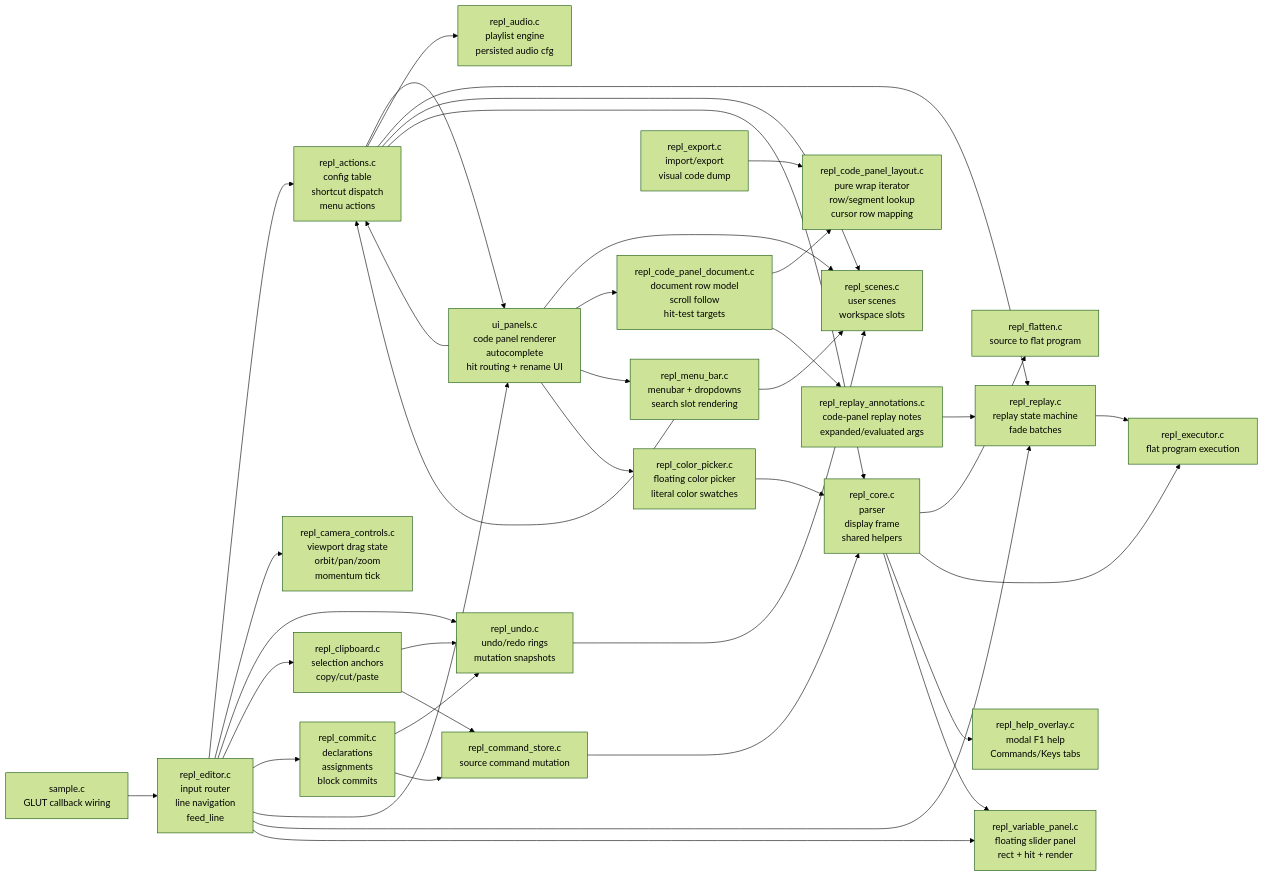
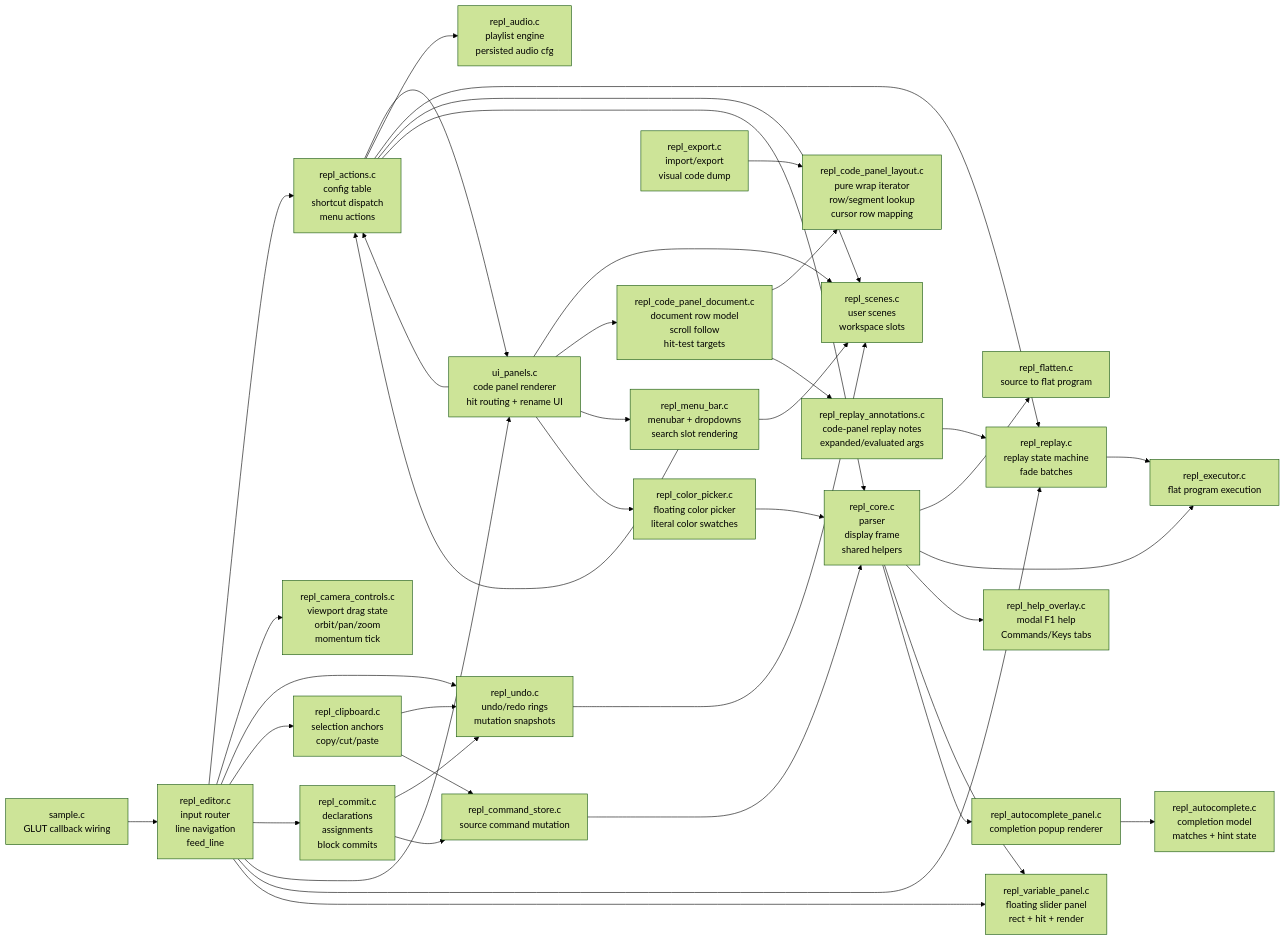
One commit to drewwoods/gl-repl changed the diagram in REPL_REFACTOR_MAP.md. Above: the diagram before and after it, drawn with Mermaid (forest theme). The commit also changed 9 other files, not shown here.

First line of the commit message:
refactor: extract autocomplete popup renderer

````diff
--- a/REPL_REFACTOR_MAP.md
+++ b/REPL_REFACTOR_MAP.md
@@ -7,69 +7,73 @@
 ```mermaid
 flowchart LR
     sample["sample.c<br/>GLUT callback wiring"]
     editor["repl_editor.c<br/>input router<br/>line navigation<br/>feed_line"]
 
     actions["repl_actions.c<br/>config table<br/>shortcut dispatch<br/>menu actions"]
     camera["repl_camera_controls.c<br/>viewport drag state<br/>orbit/pan/zoom<br/>momentum tick"]
     undo["repl_undo.c<br/>undo/redo rings<br/>mutation snapshots"]
     clipboard["repl_clipboard.c<br/>selection anchors<br/>copy/cut/paste"]
     commit["repl_commit.c<br/>declarations<br/>assignments<br/>block commits"]
     store["repl_command_store.c<br/>source command mutation"]
 
-    ui["ui_panels.c<br/>code panel renderer<br/>autocomplete<br/>hit routing + rename UI"]
+    ui["ui_panels.c<br/>code panel renderer<br/>hit routing + rename UI"]
     layout["repl_code_panel_layout.c<br/>pure wrap iterator<br/>row/segment lookup<br/>cursor row mapping"]
     docrows["repl_code_panel_document.c<br/>document row model<br/>scroll follow<br/>hit-test targets"]
     menu["repl_menu_bar.c<br/>menubar + dropdowns<br/>search slot rendering"]
     color["repl_color_picker.c<br/>floating color picker<br/>literal color swatches"]
     help["repl_help_overlay.c<br/>modal F1 help<br/>Commands/Keys tabs"]
     varpanel["repl_variable_panel.c<br/>floating slider panel<br/>rect + hit + render"]
+    acmodel["repl_autocomplete.c<br/>completion model<br/>matches + hint state"]
+    acpanel["repl_autocomplete_panel.c<br/>completion popup renderer"]
     replay_ann["repl_replay_annotations.c<br/>code-panel replay notes<br/>expanded/evaluated args"]
     export["repl_export.c<br/>import/export<br/>visual code dump"]
     audio["repl_audio.c<br/>playlist engine<br/>persisted audio cfg"]
     replay["repl_replay.c<br/>replay state machine<br/>fade batches"]
     scenes["repl_scenes.c<br/>user scenes<br/>workspace slots"]
     core["repl_core.c<br/>parser<br/>display frame<br/>shared helpers"]
     flatten["repl_flatten.c<br/>source to flat program"]
     exec["repl_executor.c<br/>flat program execution"]
 
     sample --> editor
     editor --> actions
     editor --> camera
     editor --> undo
     editor --> clipboard
     editor --> commit
     editor --> ui
     editor --> replay
 
     actions --> ui
     actions --> audio
     actions --> replay
     actions --> scenes
     actions --> core
 
     clipboard --> undo
     clipboard --> store
     commit --> undo
     commit --> store
     undo --> scenes
     store --> core
 
     core --> flatten
     core --> exec
     core --> help
     core --> varpanel
+    core --> acpanel
     editor --> varpanel
+    acpanel --> acmodel
     replay --> exec
     ui --> actions
     ui --> scenes
     ui --> docrows
     ui --> menu
     ui --> color
     docrows --> layout
     docrows --> replay_ann
     replay_ann --> replay
     menu --> actions
     menu --> scenes
     color --> core
     export --> layout
 ```
````
